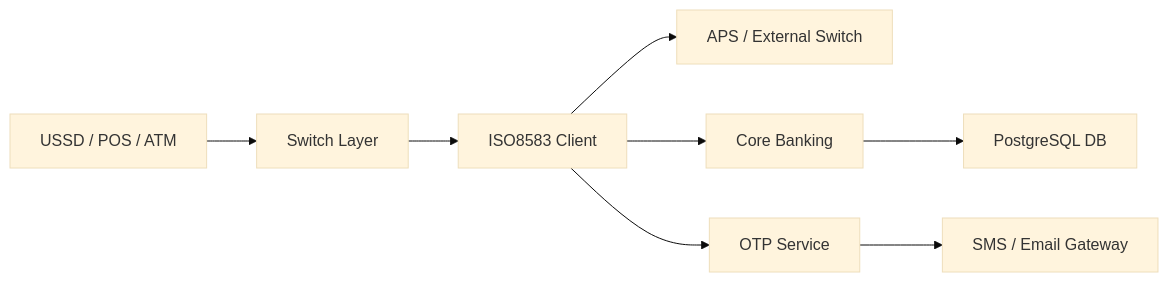
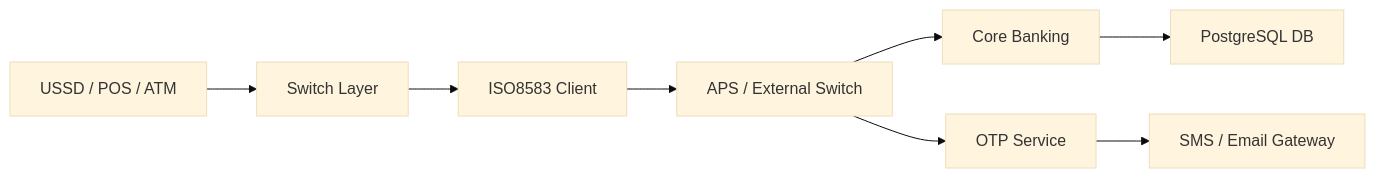
The diagram in README.md (fazalhaq661/fazalhaq661), drawn with Mermaid (base theme) before and after one commit.

Commit message:
Some Changes

````diff
--- a/README.md
+++ b/README.md
@@ -65,10 +65,10 @@
 ```mermaid
 flowchart LR
     A[USSD / POS / ATM] --> B[Switch Layer]
     B --> C[ISO8583 Client]
     C --> D[APS / External Switch]
-    C --> E[Core Banking]
+    D --> E[Core Banking]
     E --> F[PostgreSQL DB]
-    C --> G[OTP Service]
+    D --> G[OTP Service]
     G --> H[SMS / Email Gateway]
 ```
````
